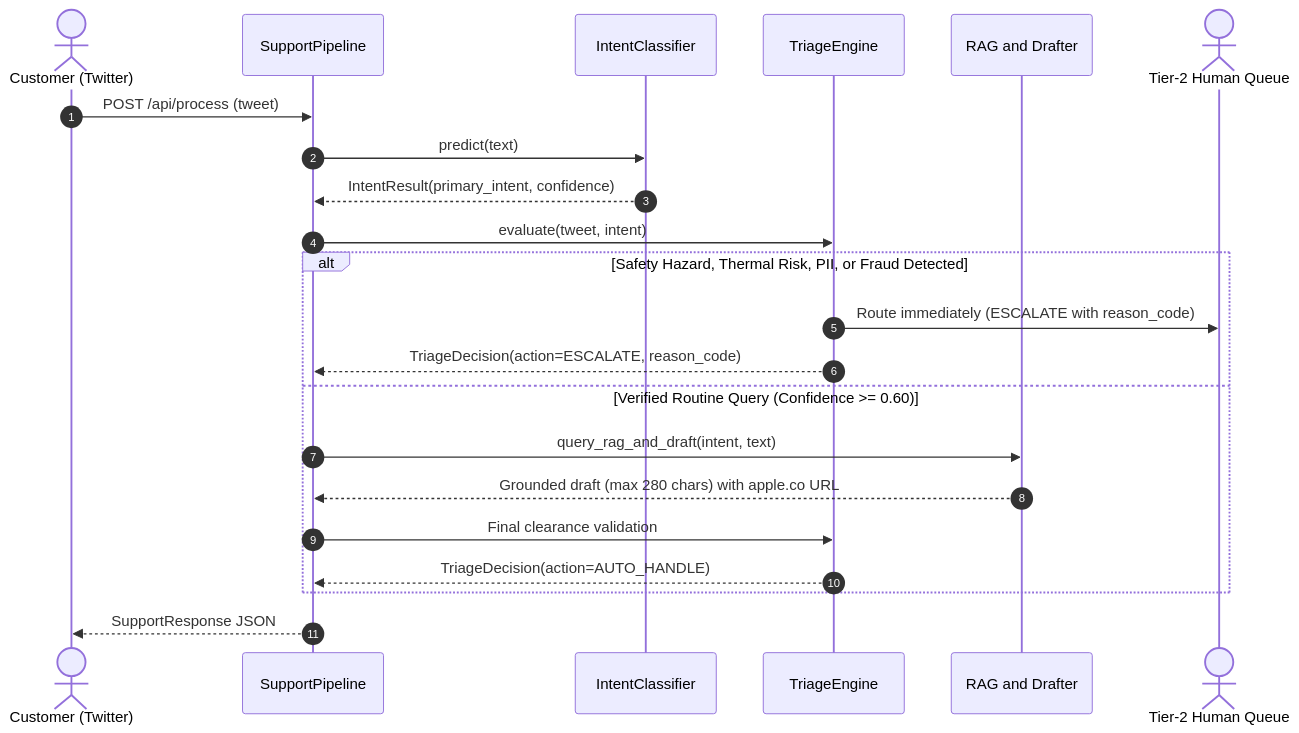
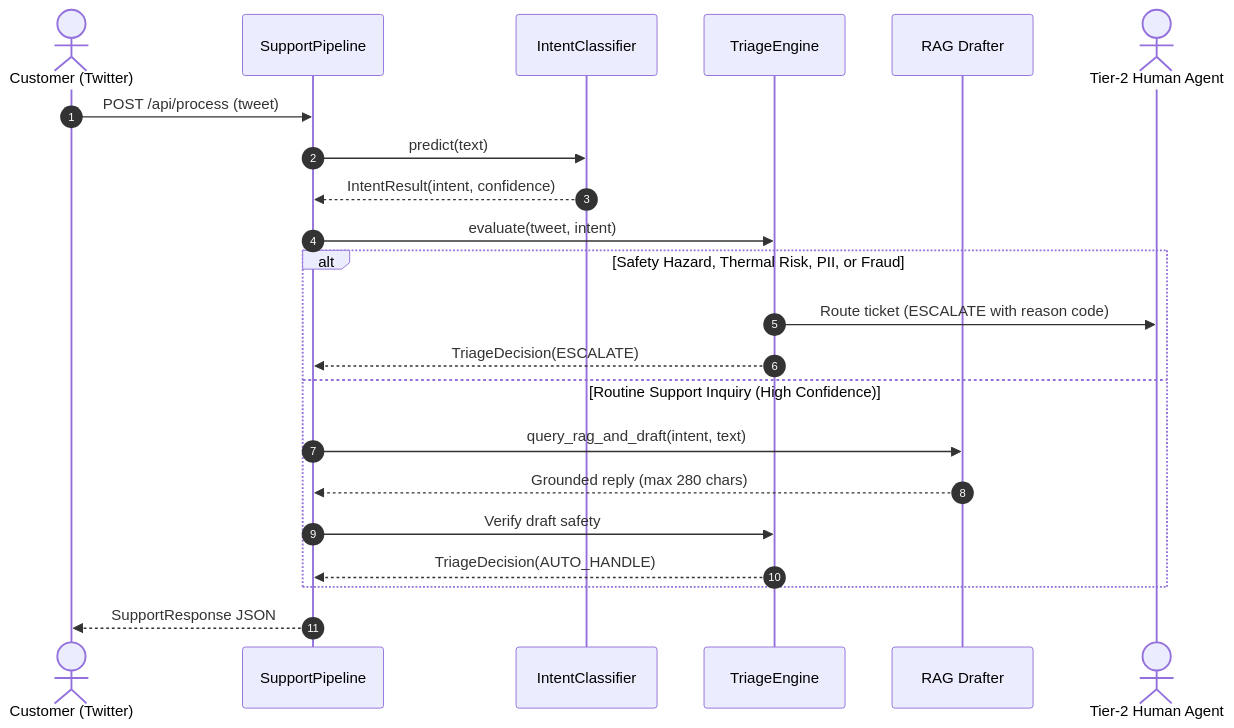
The fifth of 5 diagrams in README.md (nanthitha25/hiver_assignment), drawn with Mermaid before and after one commit. The commit also changed other lines of this file, not shown here.

Commit message:
docs: use clean and simple Mermaid blocks for all diagrams without external images or HTML

````diff
--- a/README.md
+++ b/README.md
@@ -269,27 +209,27 @@
 ```mermaid
 sequenceDiagram
     autonumber
     actor Customer as Customer (Twitter)
     participant Pipeline as SupportPipeline
     participant Classifier as IntentClassifier
     participant Triage as TriageEngine
-    participant RAG as RAG and Drafter
-    actor Tier2 as Tier-2 Human Queue
+    participant RAG as RAG Drafter
+    actor Agent as Tier-2 Human Agent
 
     Customer->>Pipeline: POST /api/process (tweet)
     Pipeline->>Classifier: predict(text)
-    Classifier-->>Pipeline: IntentResult(primary_intent, confidence)
+    Classifier-->>Pipeline: IntentResult(intent, confidence)
     Pipeline->>Triage: evaluate(tweet, intent)
 
-    alt Safety Hazard, Thermal Risk, PII, or Fraud Detected
-        Triage->>Tier2: Route immediately (ESCALATE with reason_code)
-        Triage-->>Pipeline: TriageDecision(action=ESCALATE, reason_code)
-    else Verified Routine Query (Confidence >= 0.60)
+    alt Safety Hazard, Thermal Risk, PII, or Fraud
+        Triage->>Agent: Route ticket (ESCALATE with reason code)
+        Triage-->>Pipeline: TriageDecision(ESCALATE)
+    else Routine Support Inquiry (High Confidence)
         Pipeline->>RAG: query_rag_and_draft(intent, text)
-        RAG-->>Pipeline: Grounded draft (max 280 chars) with apple.co URL
-        Pipeline->>Triage: Final clearance validation
-        Triage-->>Pipeline: TriageDecision(action=AUTO_HANDLE)
+        RAG-->>Pipeline: Grounded reply (max 280 chars)
+        Pipeline->>Triage: Verify draft safety
+        Triage-->>Pipeline: TriageDecision(AUTO_HANDLE)
     end
 
     Pipeline-->>Customer: SupportResponse JSON
 ```
````
